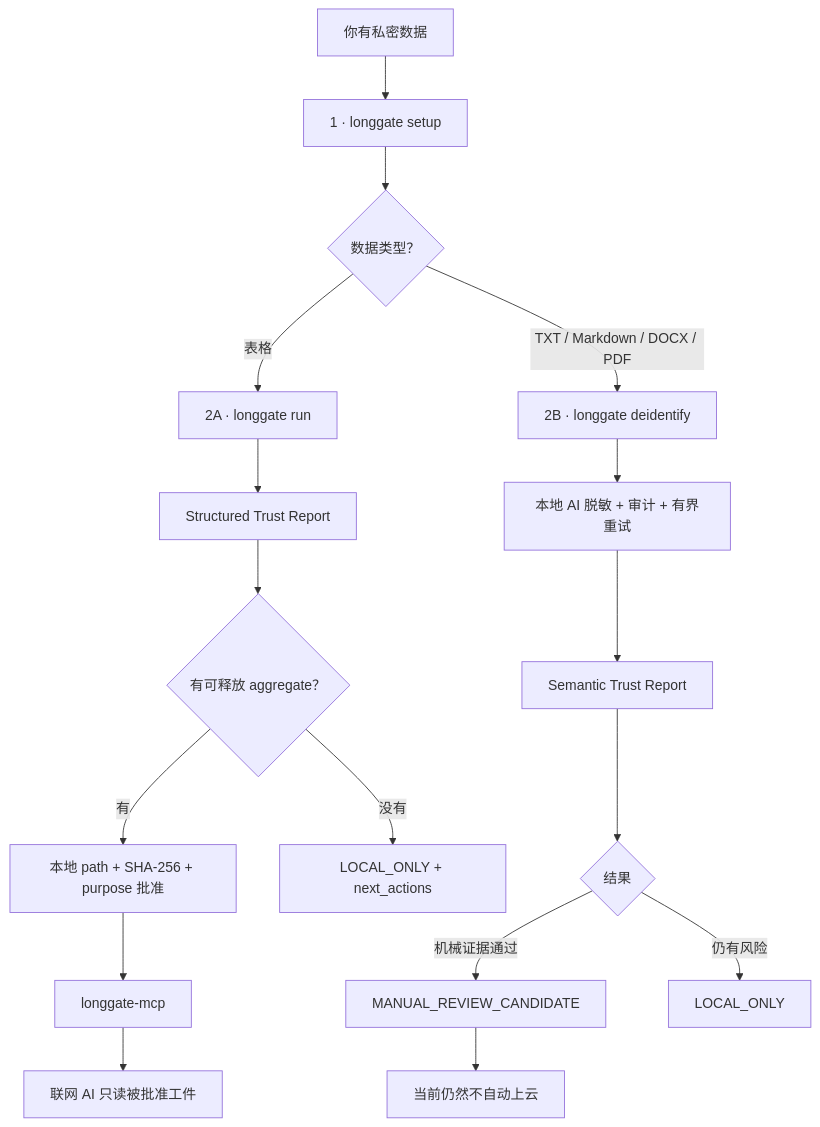
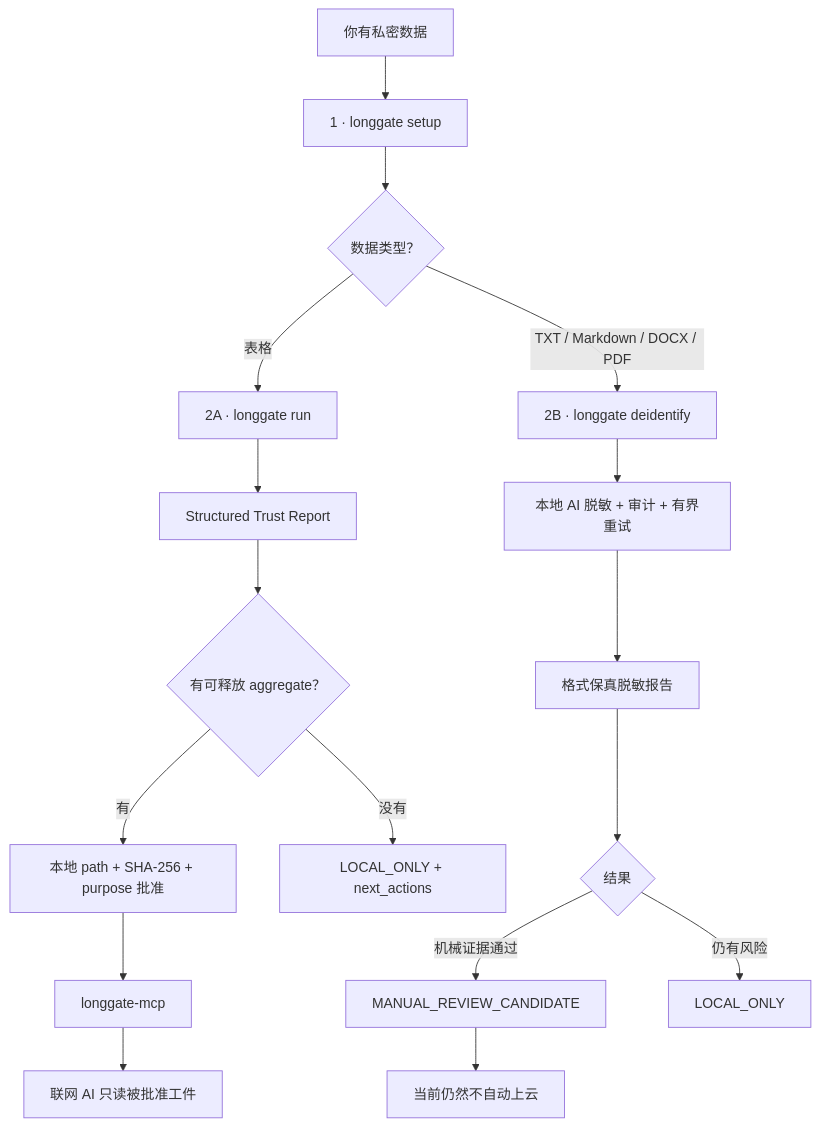
One commit to CochraneK/long-gate changed the diagram in README.zh-CN.md. Above: the diagram before and after it, drawn with Mermaid. The commit also changed other lines of this file and 18 other files, not shown here.

````diff
--- a/README.zh-CN.md
+++ b/README.zh-CN.md
@@ -88,21 +88,21 @@
 ```mermaid
 flowchart TD
     START["你有私密数据"] --> SETUP["1 · longgate setup"]
     SETUP --> KIND{"数据类型？"}
 
     KIND -->|"表格"| TABLE["2A · longgate run"]
     TABLE --> TR["Structured Trust Report"]
     TR --> SAFE{"有可释放 aggregate？"}
     SAFE -->|"有"| APPROVE["本地 path + SHA-256 + purpose 批准"]
     APPROVE --> MCP["longgate-mcp"]
     MCP --> AI["联网 AI 只读被批准工件"]
     SAFE -->|"没有"| L1["LOCAL_ONLY + next_actions"]
 
     KIND -->|"TXT / Markdown / DOCX / PDF"| DEID["2B · longgate deidentify"]
     DEID --> LOOP["本地 AI 脱敏 + 审计 + 有界重试"]
-    LOOP --> SR["Semantic Trust Report"]
+    LOOP --> SR["格式保真脱敏报告"]
     SR --> RESULT{"结果"}
     RESULT -->|"机械证据通过"| REVIEW["MANUAL_REVIEW_CANDIDATE"]
     RESULT -->|"仍有风险"| L2["LOCAL_ONLY"]
     REVIEW --> HOLD["当前仍然不自动上云"]
 ```
````
